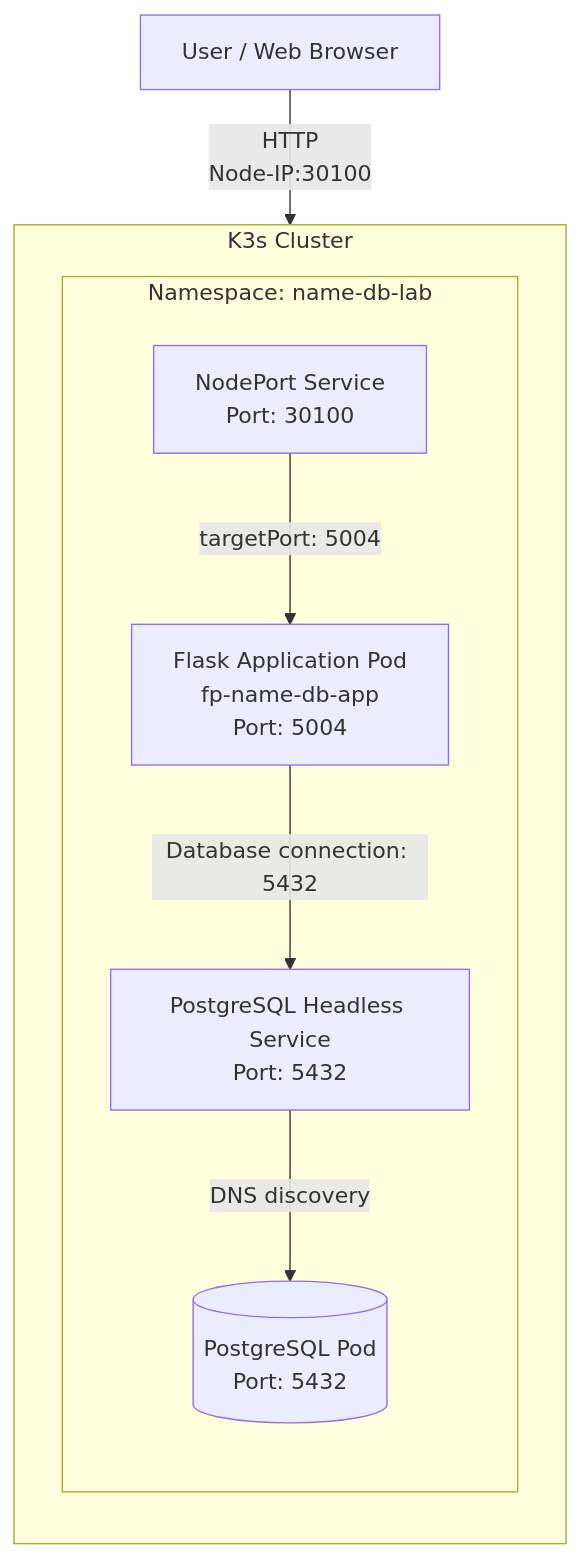
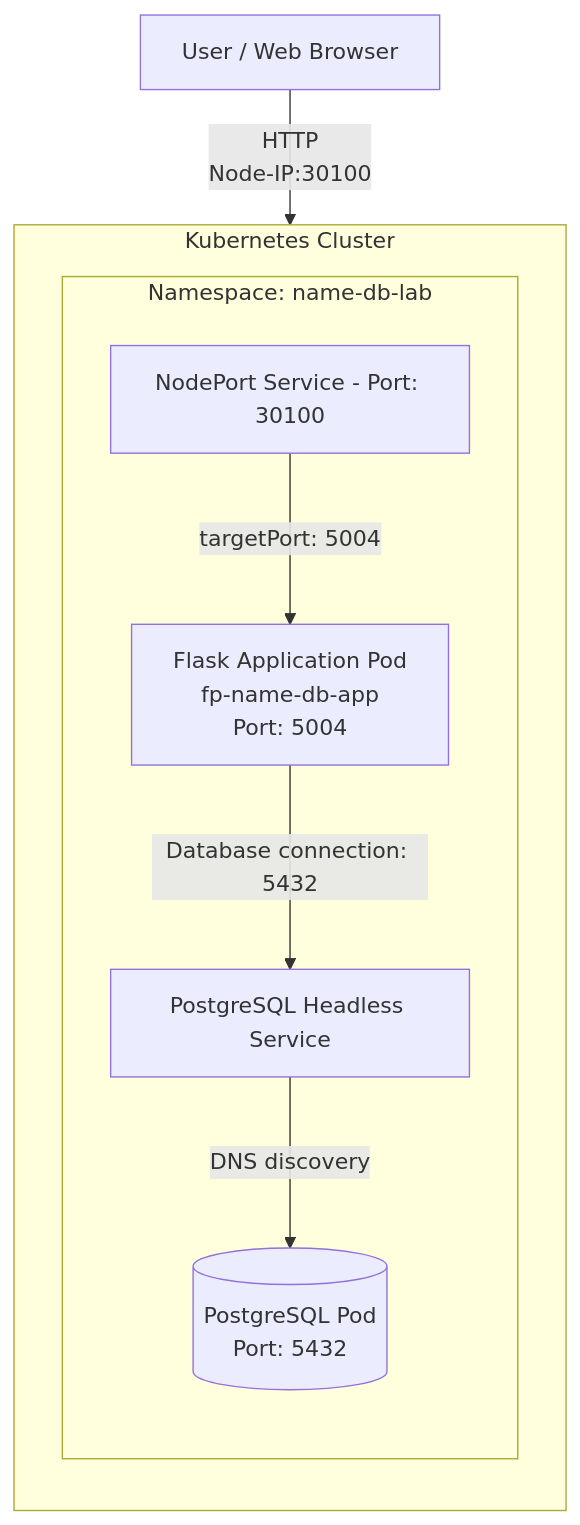
Before and after one commit to b-ShakeriFard/microservices: the diagram in postgres-flask-sample01/README.md, drawn with Mermaid. The commit also changed other lines of this file, not shown here.

Commit message:
updated the mermaid

````diff
--- a/postgres-flask-sample01/README.md
+++ b/postgres-flask-sample01/README.md
@@ -16,26 +14,26 @@
 ```mermaid
 flowchart TB
     User["User / Web Browser"]
 
-    subgraph K3S["K3s Cluster"]
+    subgraph K3S["Kubernetes Cluster"]
         direction TB
 
         subgraph NS["Namespace: name-db-lab"]
             direction TB
 
-            NodePort["NodePort Service<br/>Port: 30100"]
+            NodePort["NodePort Service - Port: 30100"]
 
             Flask["Flask Application Pod<br/>fp-name-db-app<br/>Port: 5004"]
 
-            Headless["PostgreSQL Headless Service<br/>Port: 5432"]
+            Headless["PostgreSQL Headless Service"]
 
             PostgreSQL[("PostgreSQL Pod<br/>Port: 5432")]
 
             NodePort -->|"targetPort: 5004"| Flask
             Flask -->|"Database connection: 5432"| Headless
             Headless -->|"DNS discovery"| PostgreSQL
         end
     end
 
     User -->|"HTTP<br/>Node-IP:30100"| NodePort
 ```
````
